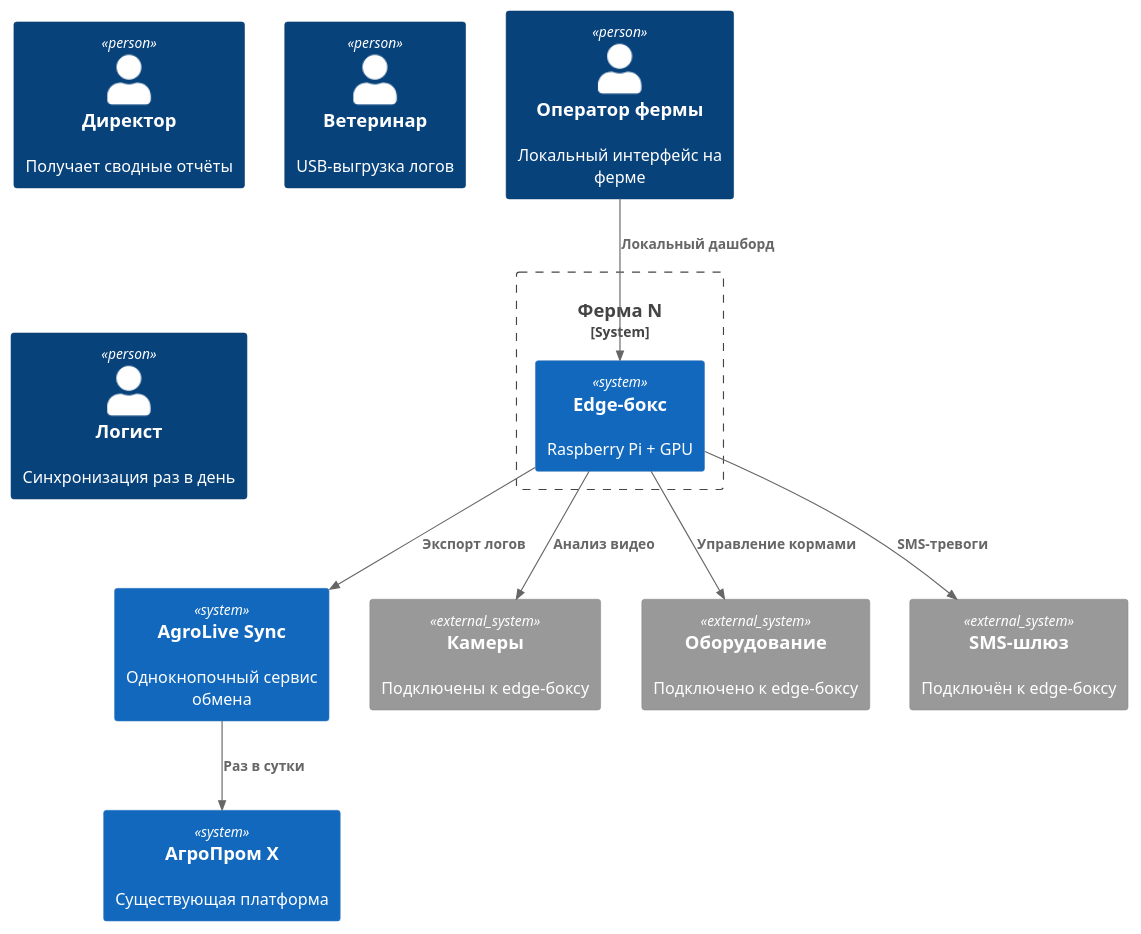
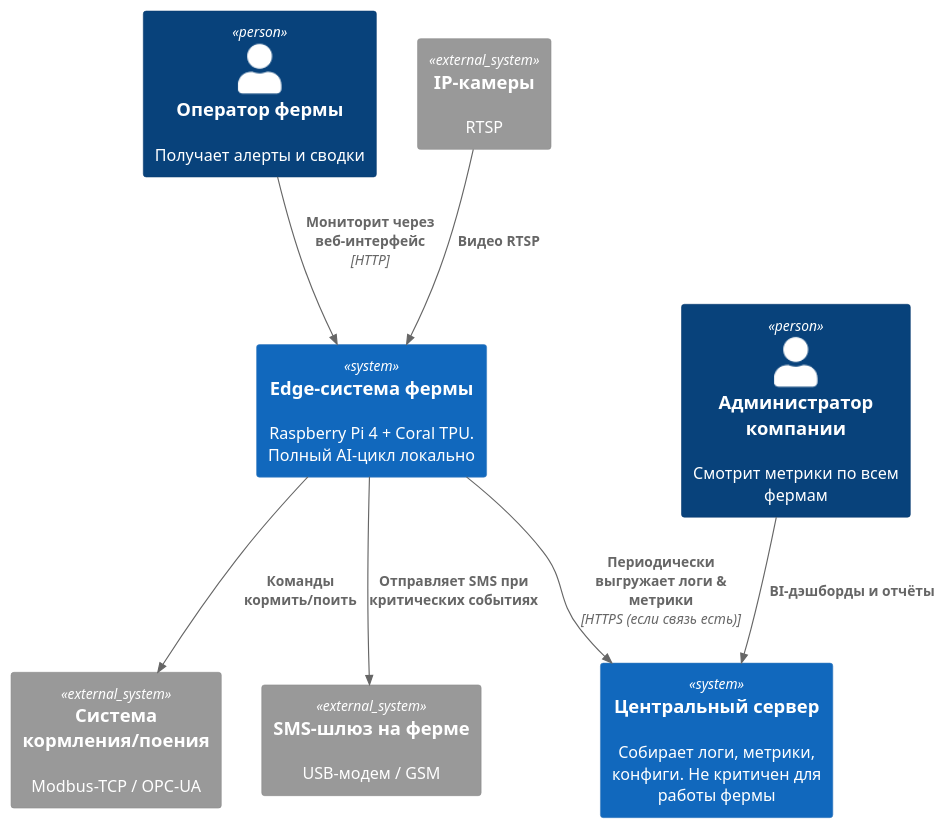
One commit to badKOT/MSA-AgroTech changed the diagram in Task1/agrotech_c1_2.puml. Above: the diagram before and after it, drawn with PlantUML. The commit also changed 3 other files, not shown here.

```diff
--- a/Task1/agrotech_c1_2.puml
+++ b/Task1/agrotech_c1_2.puml
@@ -1,26 +1,21 @@
 @startuml
-'AI-generated, потому что я понятия не имею, что я делаю
 !include https://raw.githubusercontent.com/plantuml-stdlib/C4-PlantUML/master/C4_Context.puml
 
-Person(директор, "Директор", "Получает сводные отчёты")
-Person(оператор, "Оператор фермы", "Локальный интерфейс на ферме")
-Person(ветврач, "Ветеринар", "USB-выгрузка логов")
-Person(логист, "Логист", "Синхронизация раз в день")
+' AI-generated
 
-System_Boundary(ferma, "Ферма N") {
-  System(edge_box, "Edge-бокс", "Raspberry Pi + GPU")
-}
-System(sync_service, "AgroLive Sync", "Однокнопочный сервис обмена")
-System(агроплатформа, "АгроПром Х", "Существующая платформа")
+Person(operator, "Оператор фермы", "Получает алерты и сводки")
+Person(admin, "Администратор компании", "Смотрит метрики по всем фермам")
 
-System_Ext(cam_vendor, "Камеры", "Подключены к edge-боксу")
-System_Ext(feed_vendor, "Оборудование", "Подключено к edge-боксу")
-System_Ext(sms_gateway, "SMS-шлюз", "Подключён к edge-боксу")
+System(edge_farm, "Edge-система фермы", "Raspberry Pi 4 + Coral TPU. Полный AI-цикл локально")
+System_Ext(cameras, "IP-камеры", "RTSP")
+System_Ext(feeding, "Система кормления/поения", "Modbus-TCP / OPC-UA")
+System_Ext(sms_gateway, "SMS-шлюз на ферме", "USB-модем / GSM")
+System(cloud, "Центральный сервер", "Собирает логи, метрики, конфиги. Не критичен для работы фермы")
 
-Rel(оператор, edge_box, "Локальный дашборд")
-Rel(edge_box, cam_vendor, "Анализ видео")
-Rel(edge_box, feed_vendor, "Управление кормами")
-Rel(edge_box, sms_gateway, "SMS-тревоги")
-Rel(edge_box, sync_service, "Экспорт логов")
-Rel(sync_service, агроплатформа, "Раз в сутки")
+Rel(operator, edge_farm, "Мониторит через веб-интерфейс", "HTTP")
+Rel(cameras, edge_farm, "Видео RTSP")
+Rel(edge_farm, feeding, "Команды кормить/поить")
+Rel(edge_farm, sms_gateway, "Отправляет SMS при критических событиях")
+Rel(edge_farm, cloud, "Периодически выгружает логи & метрики", "HTTPS (если связь есть)")
+Rel(admin, cloud, "BI-дэшборды и отчёты")
 @enduml
```
